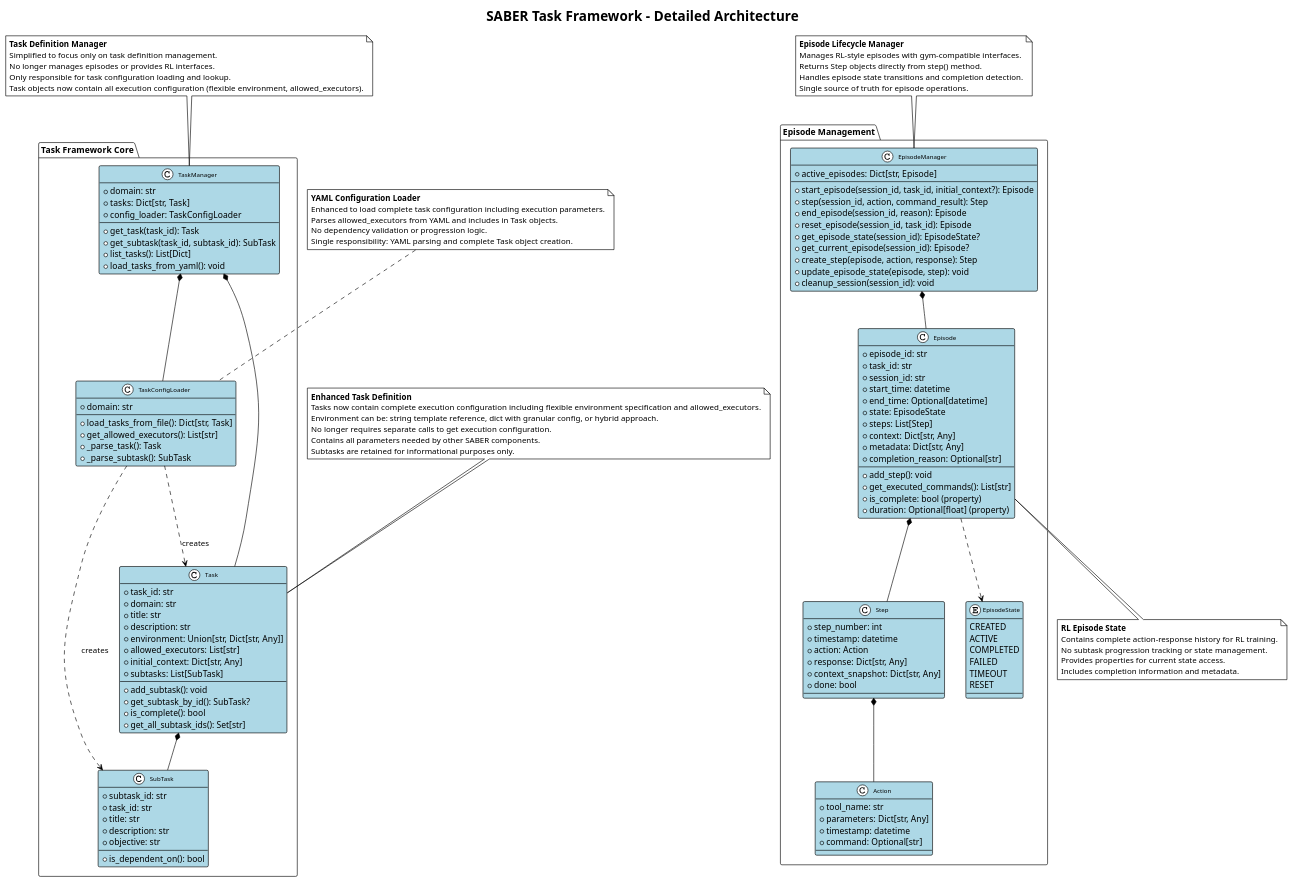
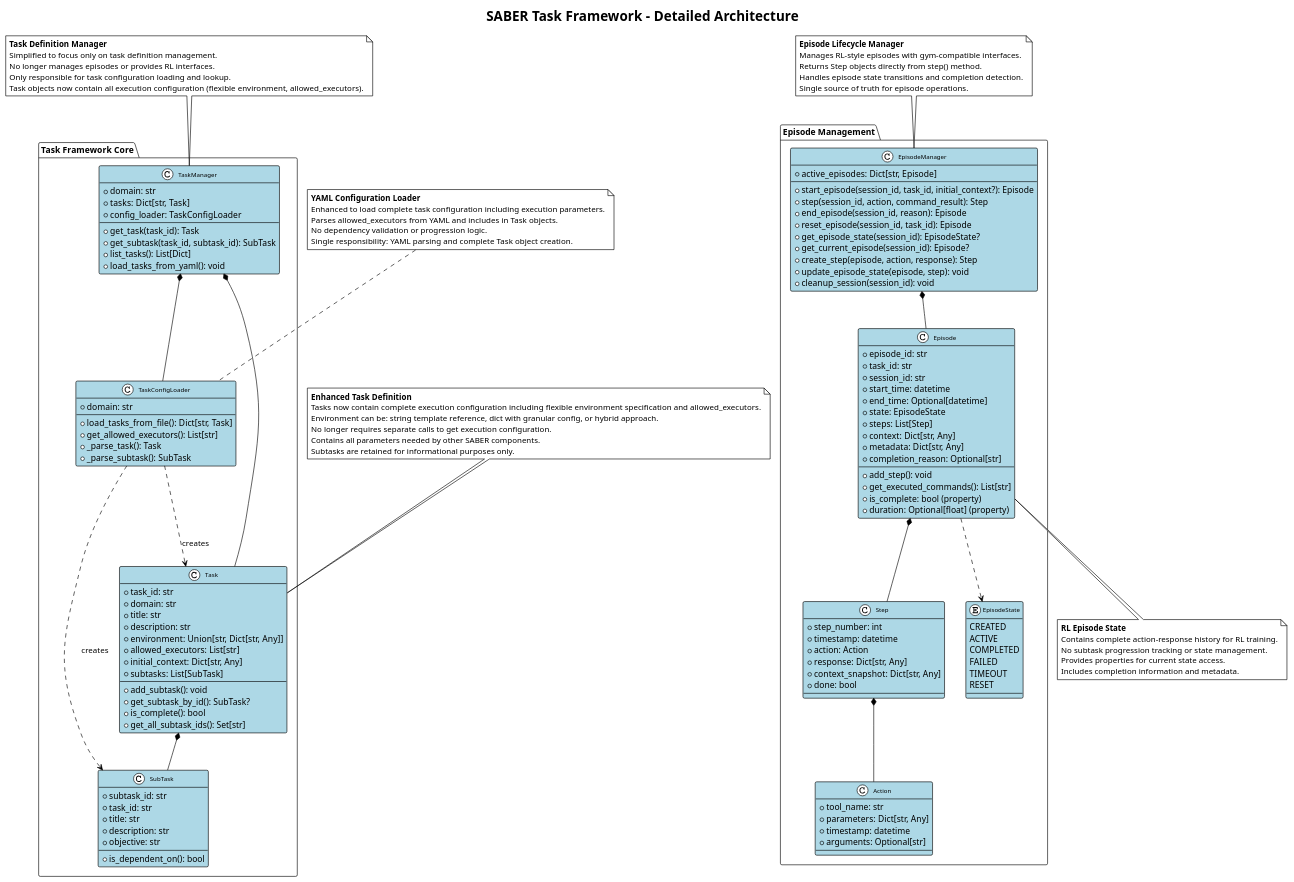
The diagram in docs/server/tasks/task_framework_architecture.puml (microsoft/ACES), drawn with PlantUML before and after one commit. The commit also changed 75 other files, not shown here.

```diff
--- a/docs/server/tasks/task_framework_architecture.puml
+++ b/docs/server/tasks/task_framework_architecture.puml
@@ -1,177 +1,177 @@
 @startuml SABER Task Framework Architecture - Detailed
 
 !theme plain
 title SABER Task Framework - Detailed Architecture
 
 skinparam class {
     BackgroundColor lightblue
     BorderColor black
     ArrowColor black
     FontSize 10
 }
 
 package "Task Framework Core" {
 
     class TaskManager {
         +domain: str
         +tasks: Dict[str, Task]
         +config_loader: TaskConfigLoader
         --
         +get_task(task_id): Task
         +get_subtask(task_id, subtask_id): SubTask
         +list_tasks(): List[Dict]
         +load_tasks_from_yaml(): void
     }
 
     class TaskConfigLoader {
         +domain: str
         --
         +load_tasks_from_file(): Dict[str, Task]
         +get_allowed_executors(): List[str]
         +_parse_task(): Task
         +_parse_subtask(): SubTask
     }
 
     class Task {
         +task_id: str
         +domain: str
         +title: str
         +description: str
         +environment: Union[str, Dict[str, Any]]
         +allowed_executors: List[str]
         +initial_context: Dict[str, Any]
         +subtasks: List[SubTask]
         --
         +add_subtask(): void
         +get_subtask_by_id(): SubTask?
         +is_complete(): bool
         +get_all_subtask_ids(): Set[str]
     }
 
     class SubTask {
         +subtask_id: str
         +task_id: str
         +title: str
         +description: str
         +objective: str
         --
         +is_dependent_on(): bool
     }
 }
 
 package "Episode Management" {
 
     class EpisodeManager {
         +active_episodes: Dict[str, Episode]
         --
         +start_episode(session_id, task_id, initial_context?): Episode
         +step(session_id, action, command_result): Step
         +end_episode(session_id, reason): Episode
         +reset_episode(session_id, task_id): Episode
         +get_episode_state(session_id): EpisodeState?
         +get_current_episode(session_id): Episode?
         +create_step(episode, action, response): Step
         +update_episode_state(episode, step): void
         +cleanup_session(session_id): void
     }
 
     class Episode {
         +episode_id: str
         +task_id: str
         +session_id: str
         +start_time: datetime
         +end_time: Optional[datetime]
         +state: EpisodeState
         +steps: List[Step]
         +context: Dict[str, Any]
         +metadata: Dict[str, Any]
         +completion_reason: Optional[str]
         --
         +add_step(): void
         +get_executed_commands(): List[str]
         +is_complete: bool (property)
         +duration: Optional[float] (property)
     }
 
     class Step {
         +step_number: int
         +timestamp: datetime
         +action: Action
         +response: Dict[str, Any]
         +context_snapshot: Dict[str, Any]
         +done: bool
     }
 
     class Action {
         +tool_name: str
         +parameters: Dict[str, Any]
         +timestamp: datetime
-        +command: Optional[str]
+        +arguments: Optional[str]
     }
 
     enum EpisodeState {
         CREATED
         ACTIVE
         COMPLETED
         FAILED
         TIMEOUT
         RESET
     }
 }
 
 ' Relationships
 TaskManager *-- TaskConfigLoader
 TaskManager *-- Task
 
 TaskConfigLoader ..> Task : creates
 TaskConfigLoader ..> SubTask : creates
 
 Task *-- SubTask
 
 EpisodeManager *-- Episode
 Episode *-- Step
 Step *-- Action
 Episode ..> EpisodeState
 
 note top of TaskManager
 **Task Definition Manager**
 Simplified to focus only on task definition management.
 No longer manages episodes or provides RL interfaces.
 Only responsible for task configuration loading and lookup.
 Task objects now contain all execution configuration (flexible environment, allowed_executors).
 end note
 
 note top of Task
 **Enhanced Task Definition**
 Tasks now contain complete execution configuration including flexible environment specification and allowed_executors.
 Environment can be: string template reference, dict with granular config, or hybrid approach.
 No longer requires separate calls to get execution configuration.
 Contains all parameters needed by other SABER components.
 Subtasks are retained for informational purposes only.
 end note
 
 note top of EpisodeManager
 **Episode Lifecycle Manager**
 Manages RL-style episodes with gym-compatible interfaces.
 Returns Step objects directly from step() method.
 Handles episode state transitions and completion detection.
 Single source of truth for episode operations.
 end note
 
 note top of TaskConfigLoader
 **YAML Configuration Loader**
 Enhanced to load complete task configuration including execution parameters.
 Parses allowed_executors from YAML and includes in Task objects.
 No dependency validation or progression logic.
 Single responsibility: YAML parsing and complete Task object creation.
 end note
 
 note bottom of Episode
 **RL Episode State**
 Contains complete action-response history for RL training.
 No subtask progression tracking or state management.
 Provides properties for current state access.
 Includes completion information and metadata.
 end note
 
 @enduml
```
